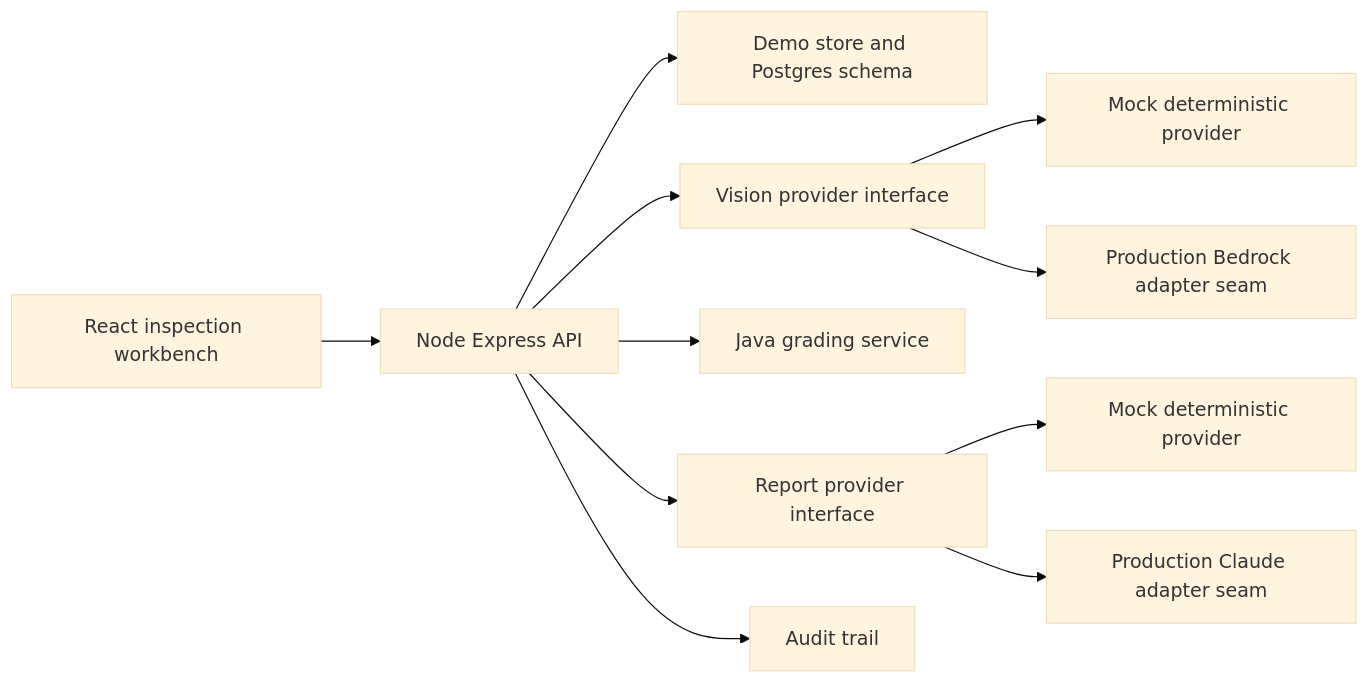
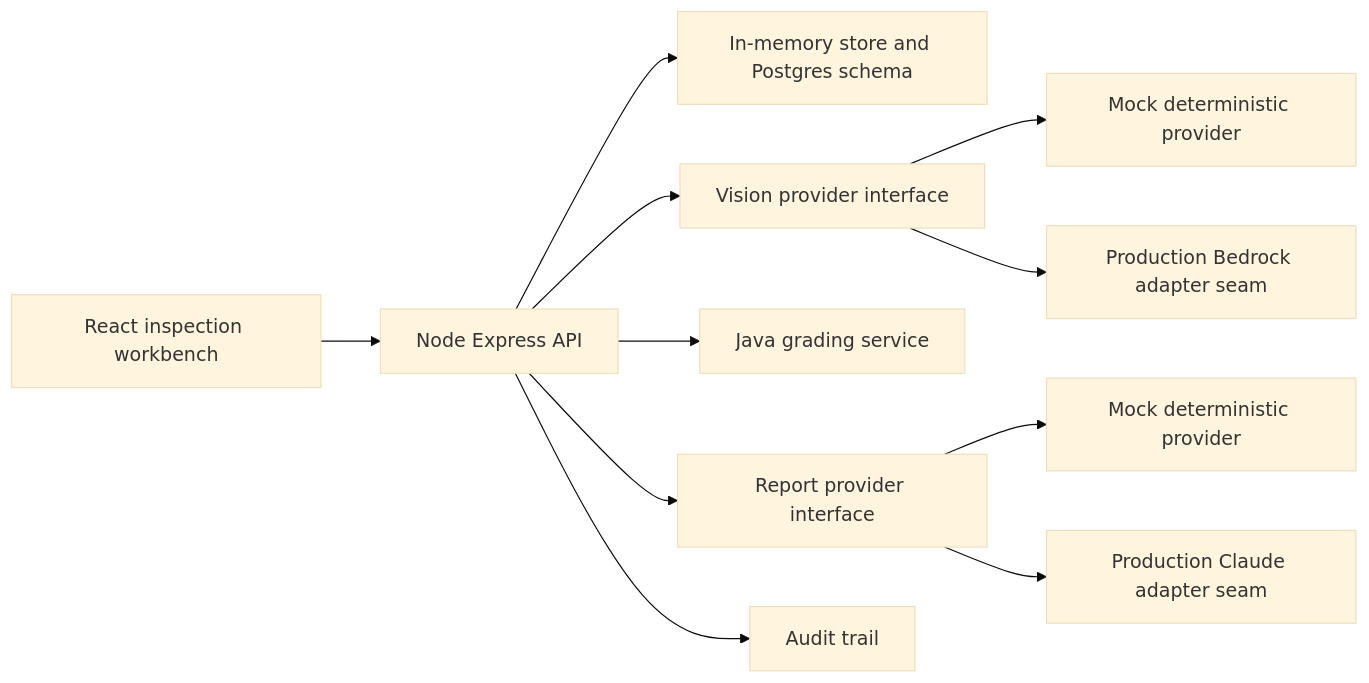
One commit to manynames3/inspectiq changed the diagram in docs/architecture.md. Above: the diagram before and after it, drawn with Mermaid (base theme). The commit also changed other lines of this file and 26 other files, not shown here.

````diff
--- a/docs/architecture.md
+++ b/docs/architecture.md
@@ -5,13 +5,13 @@
 ```mermaid
 flowchart LR
   UI[React inspection workbench] --> API[Node Express API]
-  API --> Store[Demo store and Postgres schema]
+  API --> Store[In-memory store and Postgres schema]
   API --> Vision[Vision provider interface]
   Vision --> MockVision[Mock deterministic provider]
   Vision --> BedrockVision[Production Bedrock adapter seam]
   API --> Java[Java grading service]
   API --> Report[Report provider interface]
   Report --> MockReport[Mock deterministic provider]
   Report --> BedrockReport[Production Claude adapter seam]
   API --> Audit[Audit trail]
 ```
````
